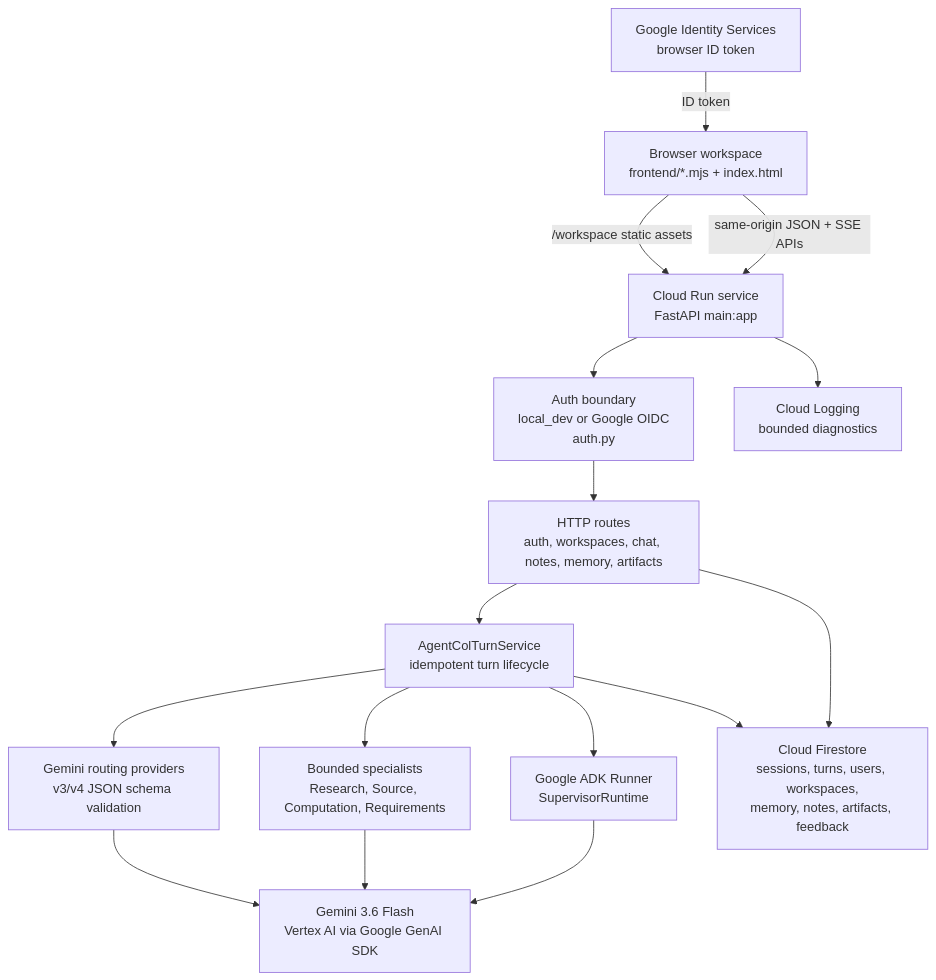
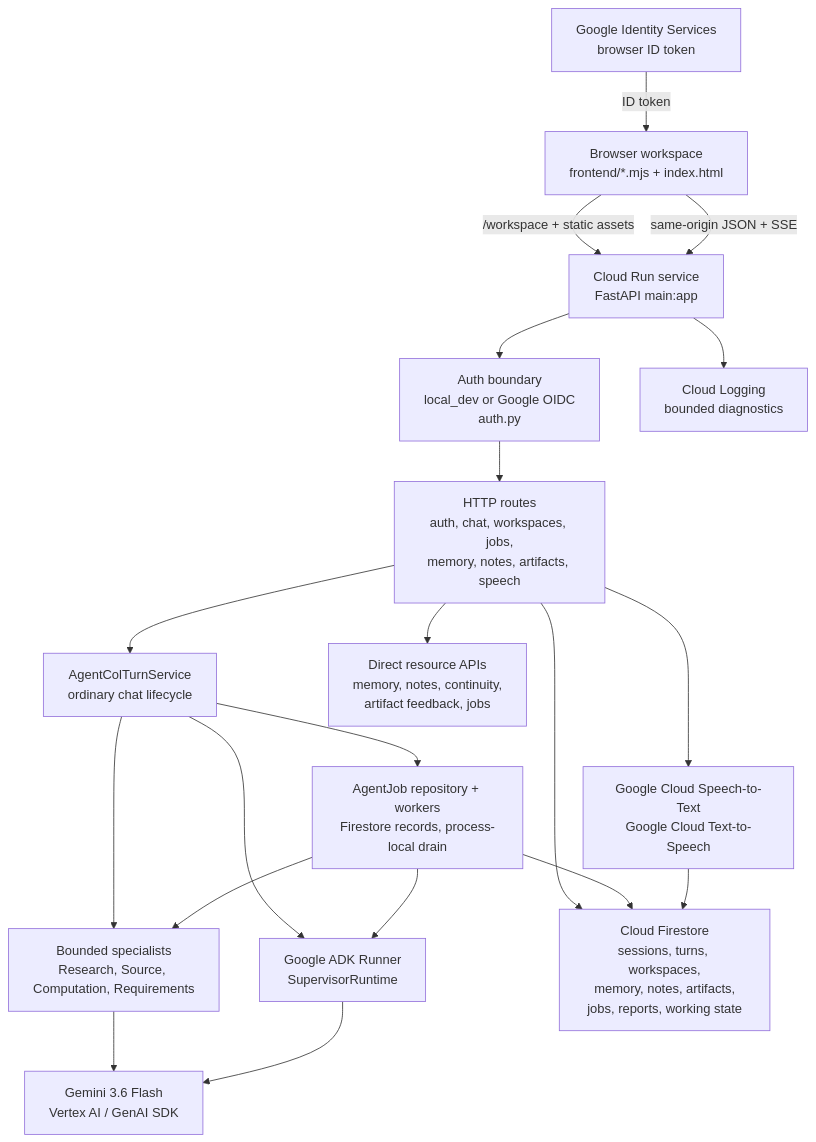
The diagram in docs/architecture.md (knightsky-cpu/col-workspace), drawn with Mermaid before and after one commit. The commit also changed other lines of this file and 3 other files, not shown here.

````diff
--- a/docs/architecture.md
+++ b/docs/architecture.md
@@ -25,31 +26,37 @@
 ```mermaid
 flowchart TB
     Browser["Browser workspace<br/>frontend/*.mjs + index.html"]
     AuthUI["Google Identity Services<br/>browser ID token"]
     CloudRun["Cloud Run service<br/>FastAPI main:app"]
     Auth["Auth boundary<br/>local_dev or Google OIDC<br/>auth.py"]
-    Routes["HTTP routes<br/>auth, workspaces, chat, notes, memory, artifacts"]
-    Turn["AgentColTurnService<br/>idempotent turn lifecycle"]
-    Router["Gemini routing providers<br/>v3/v4 JSON schema validation"]
+    Routes["HTTP routes<br/>auth, chat, workspaces, jobs,<br/>memory, notes, artifacts, speech"]
+    Turn["AgentColTurnService<br/>ordinary chat lifecycle"]
+    DirectApis["Direct resource APIs<br/>memory, notes, continuity,<br/>artifact feedback, jobs"]
+    Jobs["AgentJob repository + workers<br/>Firestore records, process-local drain"]
     ADK["Google ADK Runner<br/>SupervisorRuntime"]
-    Gemini["Gemini 3.6 Flash<br/>Vertex AI via Google GenAI SDK"]
+    Gemini["Gemini 3.6 Flash<br/>Vertex AI / GenAI SDK"]
     Experts["Bounded specialists<br/>Research, Source, Computation, Requirements"]
-    Firestore["Cloud Firestore<br/>sessions, turns, users, workspaces,<br/>memory, notes, artifacts, feedback"]
+    Speech["Google Cloud Speech-to-Text<br/>Google Cloud Text-to-Speech"]
+    Firestore["Cloud Firestore<br/>sessions, turns, workspaces,<br/>memory, notes, artifacts,<br/>jobs, reports, working state"]
     Logs["Cloud Logging<br/>bounded diagnostics"]
 
-    Browser -->|/workspace static assets| CloudRun
-    Browser -->|same-origin JSON + SSE APIs| CloudRun
+    Browser -->|/workspace + static assets| CloudRun
+    Browser -->|same-origin JSON + SSE| CloudRun
     AuthUI -->|ID token| Browser
     CloudRun --> Auth
     Auth --> Routes
     Routes --> Turn
+    Routes --> DirectApis
+    Routes --> Speech
     Routes --> Firestore
-    Turn --> Router
-    Router --> Gemini
+    Turn --> Jobs
+    Turn --> ADK
     Turn --> Experts
+    Jobs --> Firestore
+    Jobs --> Experts
+    Jobs --> ADK
     Experts --> Gemini
-    Turn --> ADK
     ADK --> Gemini
-    Turn --> Firestore
+    Speech --> Firestore
     CloudRun --> Logs
 ```
````
